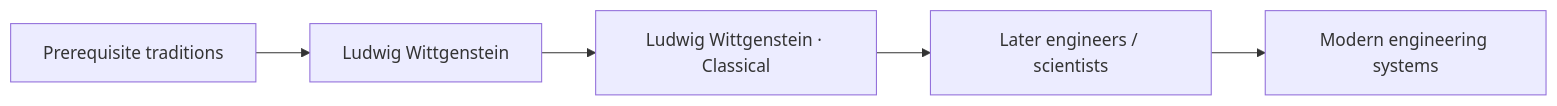
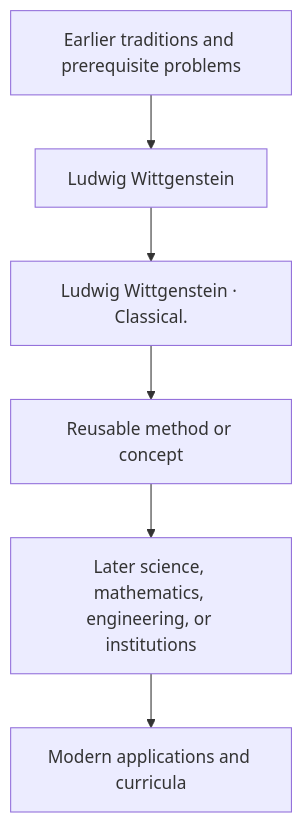
One commit to via-decide/ViaLogic changed the diagram in docs/history/ludwig-wittgenstein/influence.md. Above: the diagram before and after it, drawn with Mermaid. The commit also changed other lines of this file and 858 other files, not shown here.

````diff
--- a/docs/history/ludwig-wittgenstein/influence.md
+++ b/docs/history/ludwig-wittgenstein/influence.md
@@ -29,7 +16,8 @@
 ```mermaid
-graph LR
-  prerequisites["Prerequisite traditions"] --> current["Ludwig Wittgenstein"]
-  current --> contribution["Ludwig Wittgenstein · Classical"]
-  contribution --> successors["Later engineers / scientists"]
-  successors --> modern["Modern engineering systems"]
+graph TD
+  Prior[Earlier traditions and prerequisite problems] --> Person[Ludwig Wittgenstein]
+  Person --> Contribution[Ludwig Wittgenstein · Classical.]
+  Contribution --> Method[Reusable method or concept]
+  Method --> Later[Later science, mathematics, engineering, or institutions]
+  Later --> Modern[Modern applications and curricula]
 ```
````
